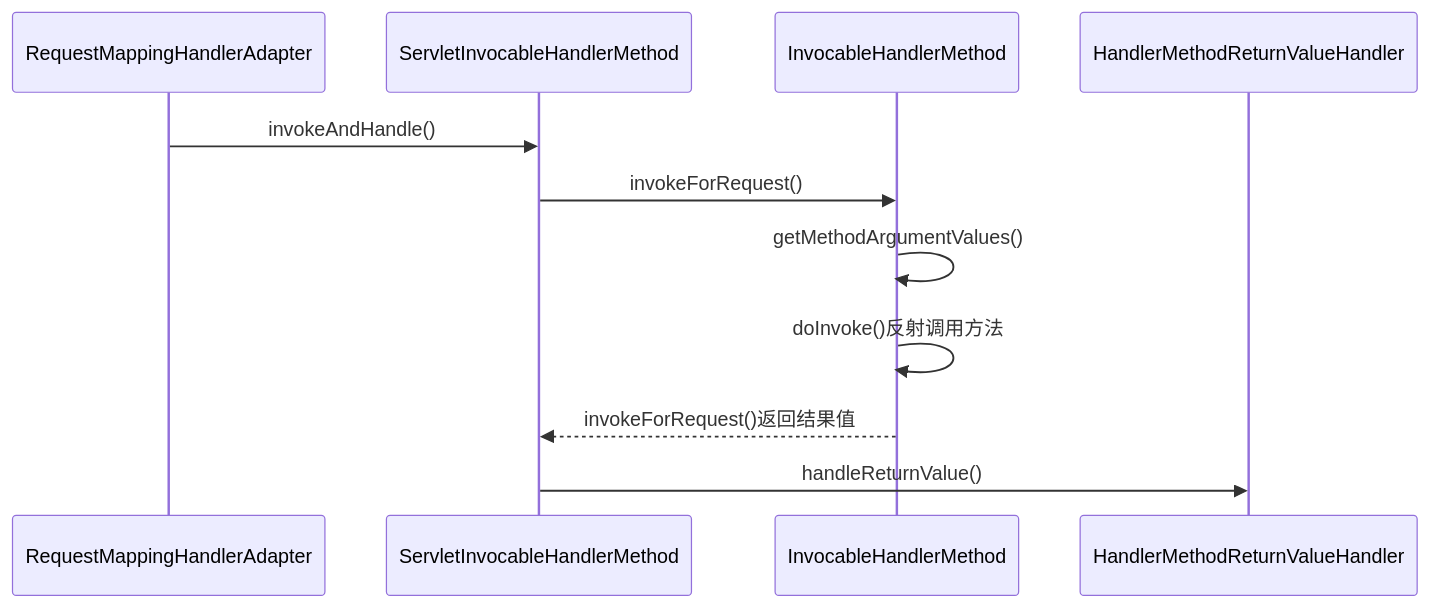
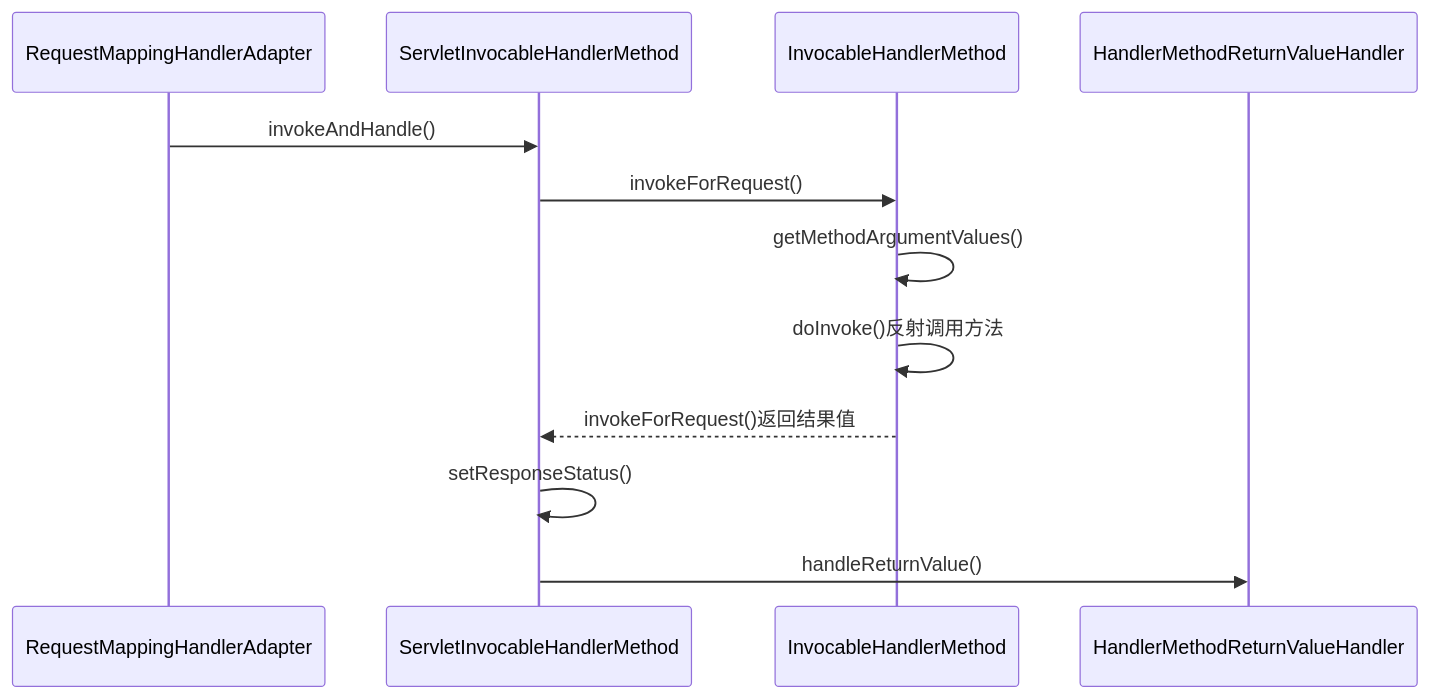
The diagram in 20-framework/src/spring/spring-web/HandlerMethod.md (onlyonion/development), drawn with Mermaid before and after one commit. The commit also changed other lines of this file and 51 other files, not shown here.

````diff
--- a/20-framework/src/spring/spring-web/HandlerMethod.md
+++ b/20-framework/src/spring/spring-web/HandlerMethod.md
@@ -29,15 +34,19 @@
 ```mermaid
 sequenceDiagram
 	%% 调用并处理
     RequestMappingHandlerAdapter->>ServletInvocableHandlerMethod:invokeAndHandle()
 
-	%% 请求调用
+	%% 可调用的处理方法
     ServletInvocableHandlerMethod->>InvocableHandlerMethod:invokeForRequest()
+    
+    %% 获得方法参数值
     InvocableHandlerMethod->>InvocableHandlerMethod:getMethodArgumentValues()
     InvocableHandlerMethod->>InvocableHandlerMethod:doInvoke()反射调用方法
 	InvocableHandlerMethod-->>ServletInvocableHandlerMethod:invokeForRequest()返回结果值
 
-	%% 结果处理
+	%% 设置响应状态
+	ServletInvocableHandlerMethod->>ServletInvocableHandlerMethod:setResponseStatus()
+	%% 处理返回值
 	ServletInvocableHandlerMethod->>HandlerMethodReturnValueHandler:handleReturnValue()
 	
 ```
````
